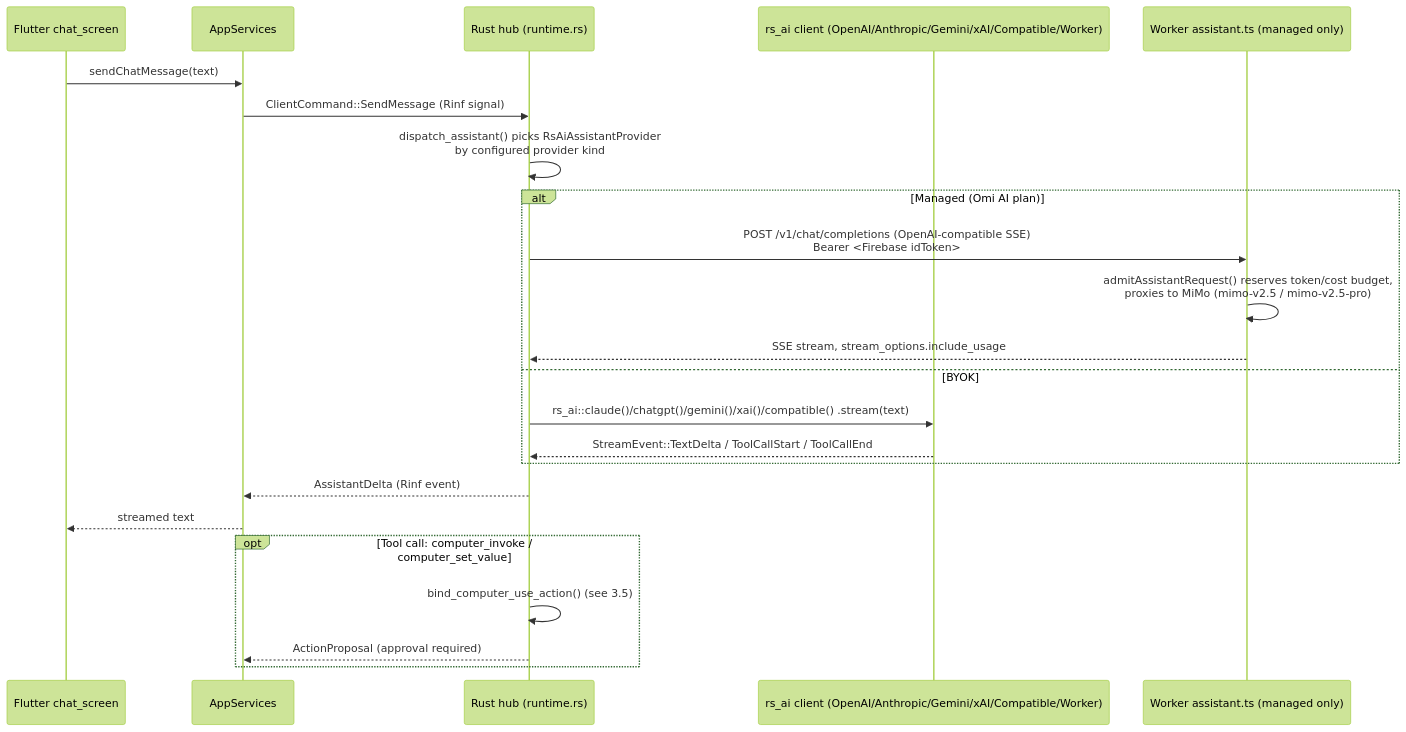
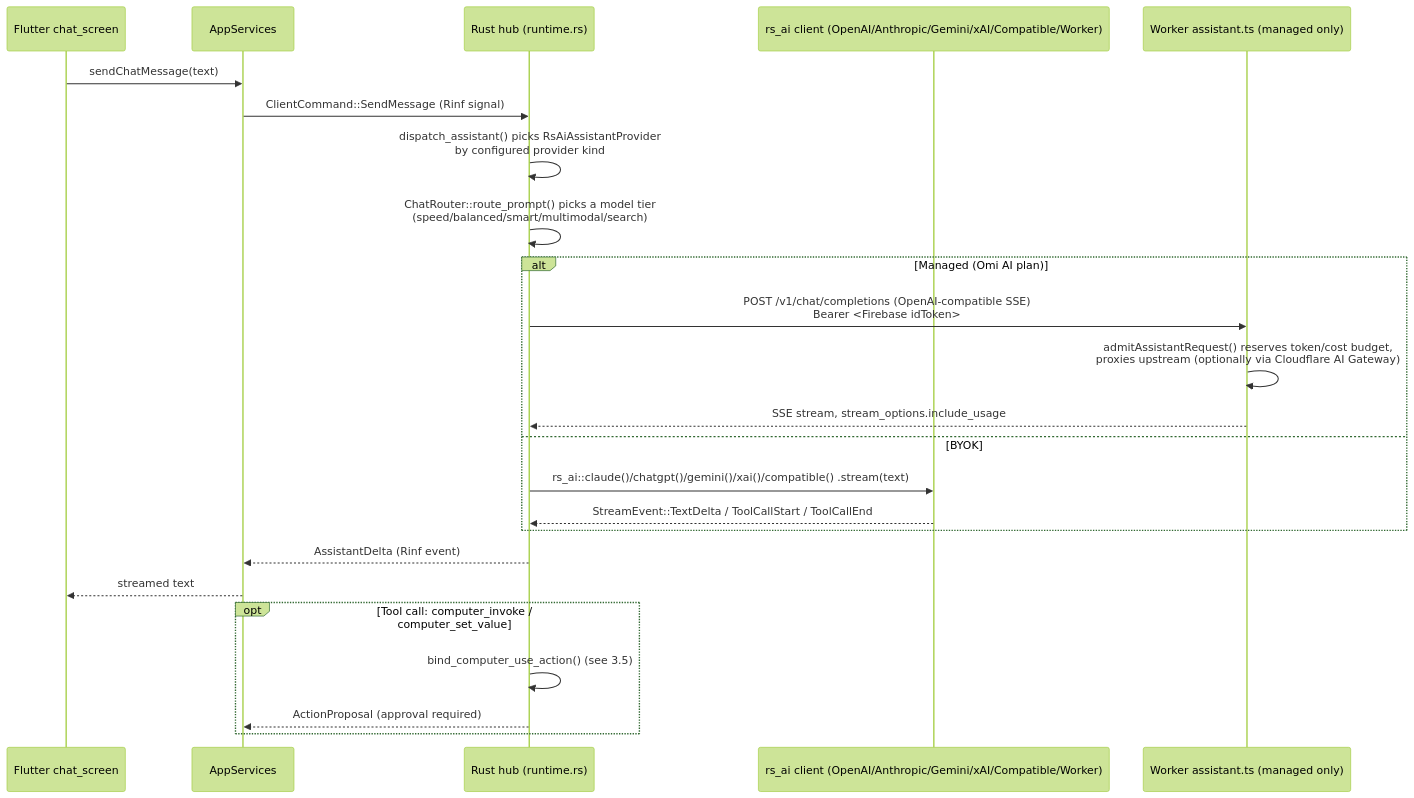
Before and after one commit to undivisible/omi-v4: the fourth of 14 diagrams in ARCHITECTURE.md, drawn with Mermaid (forest theme). The commit also changed other lines of this file and 112 other files, not shown here.

````diff
--- a/ARCHITECTURE.md
+++ b/ARCHITECTURE.md
@@ -135,26 +141,27 @@
 ```mermaid
 sequenceDiagram
     participant App as Flutter chat_screen
     participant Svc as AppServices
     participant Hub as Rust hub (runtime.rs)
     participant Prov as rs_ai client (OpenAI/Anthropic/Gemini/xAI/Compatible/Worker)
     participant W as Worker assistant.ts (managed only)
 
     App->>Svc: sendChatMessage(text)
     Svc->>Hub: ClientCommand::SendMessage (Rinf signal)
     Hub->>Hub: dispatch_assistant() picks RsAiAssistantProvider<br/>by configured provider kind
+    Hub->>Hub: ChatRouter::route_prompt() picks a model tier<br/>(speed/balanced/smart/multimodal/search)
     alt Managed (Omi AI plan)
         Hub->>W: POST /v1/chat/completions (OpenAI-compatible SSE)<br/>Bearer <Firebase idToken>
-        W->>W: admitAssistantRequest() reserves token/cost budget,<br/>proxies to MiMo (mimo-v2.5 / mimo-v2.5-pro)
+        W->>W: admitAssistantRequest() reserves token/cost budget,<br/>proxies upstream (optionally via Cloudflare AI Gateway)
         W-->>Hub: SSE stream, stream_options.include_usage
     else BYOK
         Hub->>Prov: rs_ai::claude()/chatgpt()/gemini()/xai()/compatible() .stream(text)
         Prov-->>Hub: StreamEvent::TextDelta / ToolCallStart / ToolCallEnd
     end
     Hub-->>Svc: AssistantDelta (Rinf event)
     Svc-->>App: streamed text
     opt Tool call: computer_invoke / computer_set_value
         Hub->>Hub: bind_computer_use_action() (see 3.5)
         Hub-->>Svc: ActionProposal (approval required)
     end
 ```
````
